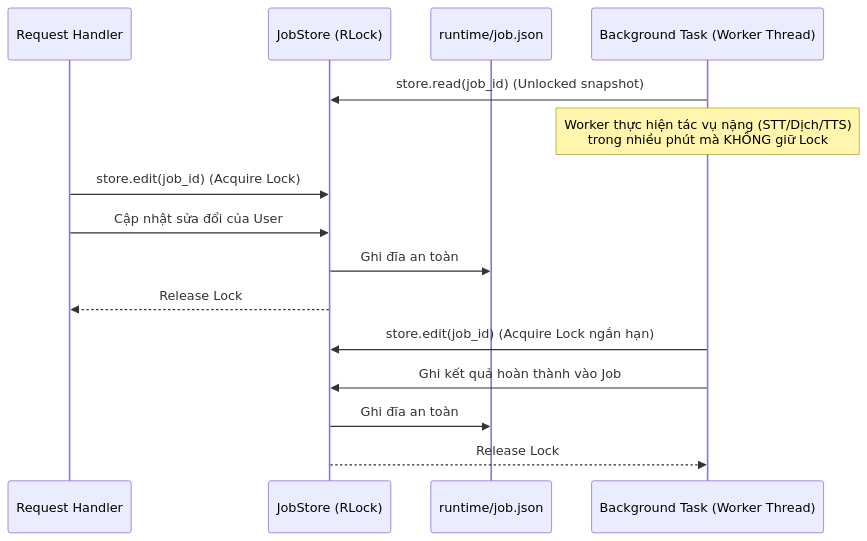
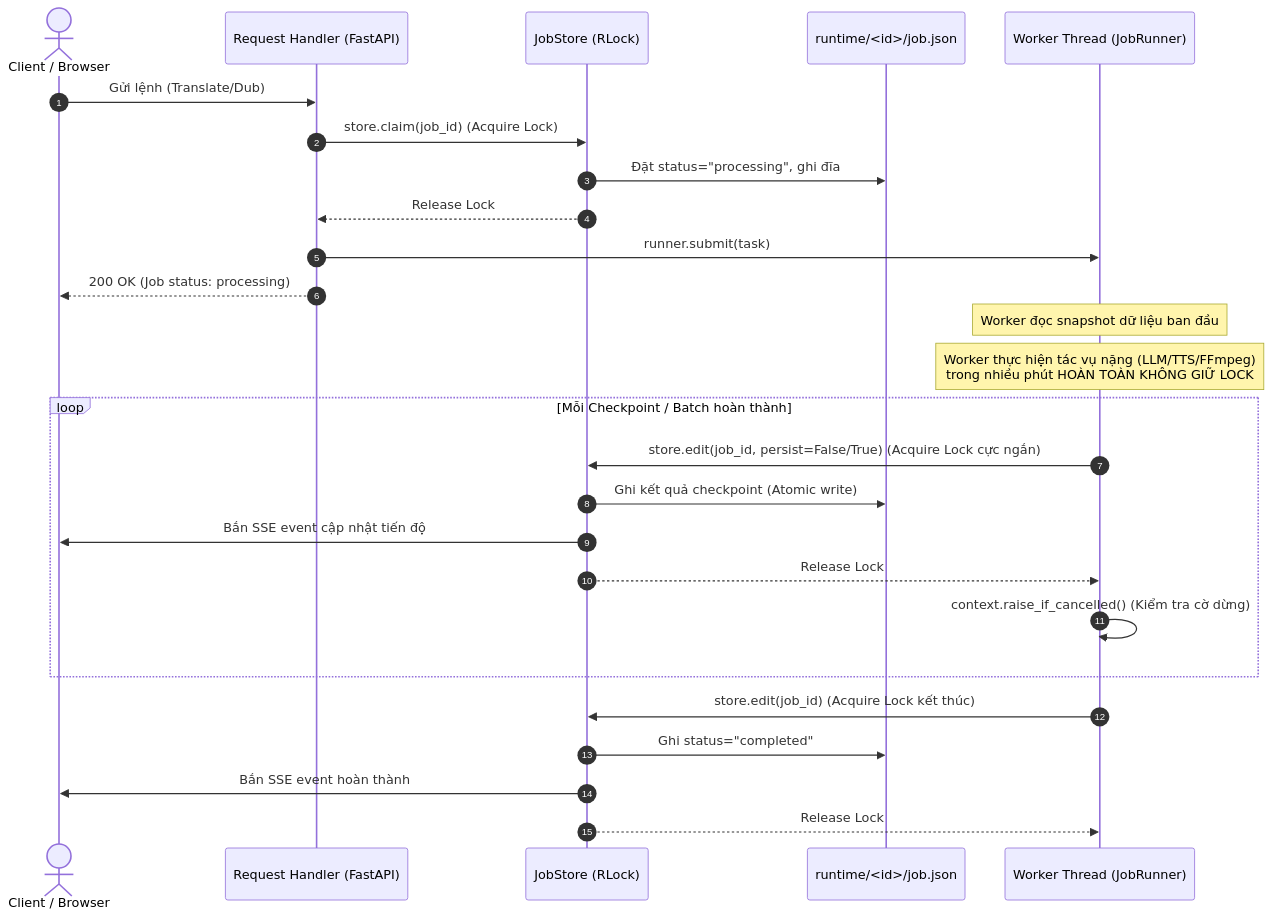
The first of 4 diagrams in BACKEND_ARCHITECTURE.md (Tunakite03/AutoCCStudio), drawn with Mermaid before and after one commit. The commit also changed other lines of this file and 2 other files, not shown here.

Commit message:
docs: update documentation to reflect new translation styles, custom glossaries, and enhanced automated TTS dubbing features

````diff
--- a/BACKEND_ARCHITECTURE.md
+++ b/BACKEND_ARCHITECTURE.md
@@ -251,20 +318,32 @@
 ```mermaid
 sequenceDiagram
-    participant API as Request Handler
+    autonumber
+    actor User as Client / Browser
+    participant API as Request Handler (FastAPI)
     participant Store as JobStore (RLock)
-    participant Disk as runtime/job.json
-    participant Worker as Background Task (Worker Thread)
+    participant Disk as runtime/<id>/job.json
+    participant Worker as Worker Thread (JobRunner)
 
-    Worker->>Store: store.read(job_id) (Unlocked snapshot)
-    Note over Worker: Worker thực hiện tác vụ nặng (STT/Dịch/TTS)<br/>trong nhiều phút mà KHÔNG giữ Lock
-    
-    API->>Store: store.edit(job_id) (Acquire Lock)
-    API->>Store: Cập nhật sửa đổi của User
-    Store->>Disk: Ghi đĩa an toàn
+    User->>API: Gửi lệnh (Translate/Dub)
+    API->>Store: store.claim(job_id) (Acquire Lock)
+    Store->>Disk: Đặt status="processing", ghi đĩa
     Store-->>API: Release Lock
+    API->>Worker: runner.submit(task)
+    API-->>User: 200 OK (Job status: processing)
 
-    Worker->>Store: store.edit(job_id) (Acquire Lock ngắn hạn)
-    Worker->>Store: Ghi kết quả hoàn thành vào Job
-    Store->>Disk: Ghi đĩa an toàn
+    Note over Worker: Worker đọc snapshot dữ liệu ban đầu
+    Note over Worker: Worker thực hiện tác vụ nặng (LLM/TTS/FFmpeg)<br/>trong nhiều phút HOÀN TOÀN KHÔNG GIỮ LOCK
+
+    loop Mỗi Checkpoint / Batch hoàn thành
+        Worker->>Store: store.edit(job_id, persist=False/True) (Acquire Lock cực ngắn)
+        Store->>Disk: Ghi kết quả checkpoint (Atomic write)
+        Store->>User: Bắn SSE event cập nhật tiến độ
+        Store-->>Worker: Release Lock
+        Worker->>Worker: context.raise_if_cancelled() (Kiểm tra cờ dừng)
+    end
+
+    Worker->>Store: store.edit(job_id) (Acquire Lock kết thúc)
+    Store->>Disk: Ghi status="completed"
+    Store->>User: Bắn SSE event hoàn thành
     Store-->>Worker: Release Lock
 ```
````
